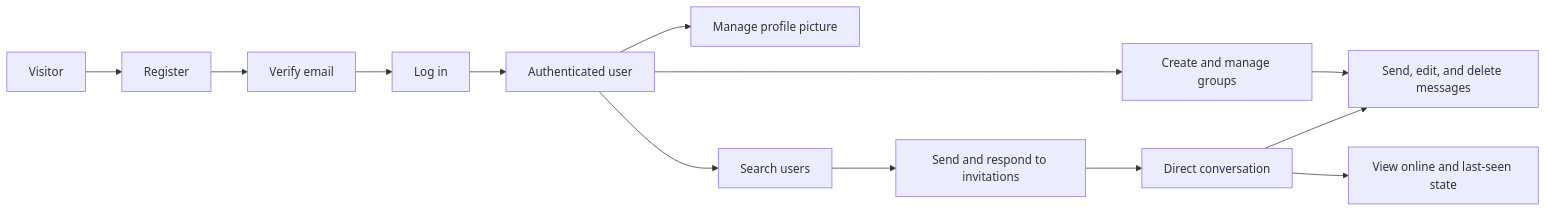
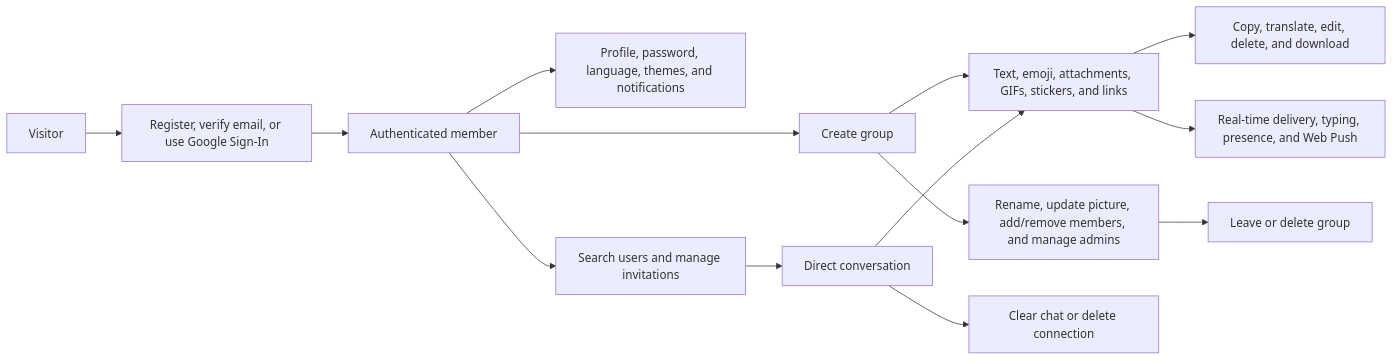
The diagram in docs/01-project-overview.md (Saurav11343/click-chat), drawn with Mermaid before and after one commit. The commit also changed 11 other files, not shown here.

Commit message:
update diagrams

````diff
--- a/docs/01-project-overview.md
+++ b/docs/01-project-overview.md
@@ -38,15 +38,16 @@
 ```mermaid
 flowchart LR
-    V["Visitor"] --> REG["Register"]
-    REG --> VER["Verify email"]
-    VER --> LOG["Log in"]
-    LOG --> AUTH["Authenticated user"]
-    AUTH --> PRO["Manage profile picture"]
-    AUTH --> SEA["Search users"]
-    SEA --> INV["Send and respond to invitations"]
-    INV --> CON["Direct conversation"]
-    AUTH --> GRP["Create and manage groups"]
-    CON --> MSG["Send, edit, and delete messages"]
-    GRP --> MSG
-    CON --> PRE["View online and last-seen state"]
+    V["Visitor"] --> ONB["Register, verify email, or use Google Sign-In"]
+    ONB --> AUTH["Authenticated member"]
+    AUTH --> ACC["Profile, password, language, themes, and notifications"]
+    AUTH --> CONTACT["Search users and manage invitations"]
+    CONTACT --> DIRECT["Direct conversation"]
+    AUTH --> GROUP["Create group"]
+    GROUP --> ADMIN["Rename, update picture, add/remove members, and manage admins"]
+    ADMIN --> EXIT["Leave or delete group"]
+    DIRECT --> CHAT["Text, emoji, attachments, GIFs, stickers, and links"]
+    GROUP --> CHAT
+    CHAT --> ACTIONS["Copy, translate, edit, delete, and download"]
+    CHAT --> LIVE["Real-time delivery, typing, presence, and Web Push"]
+    DIRECT --> CLEAN["Clear chat or delete connection"]
 ```
````
